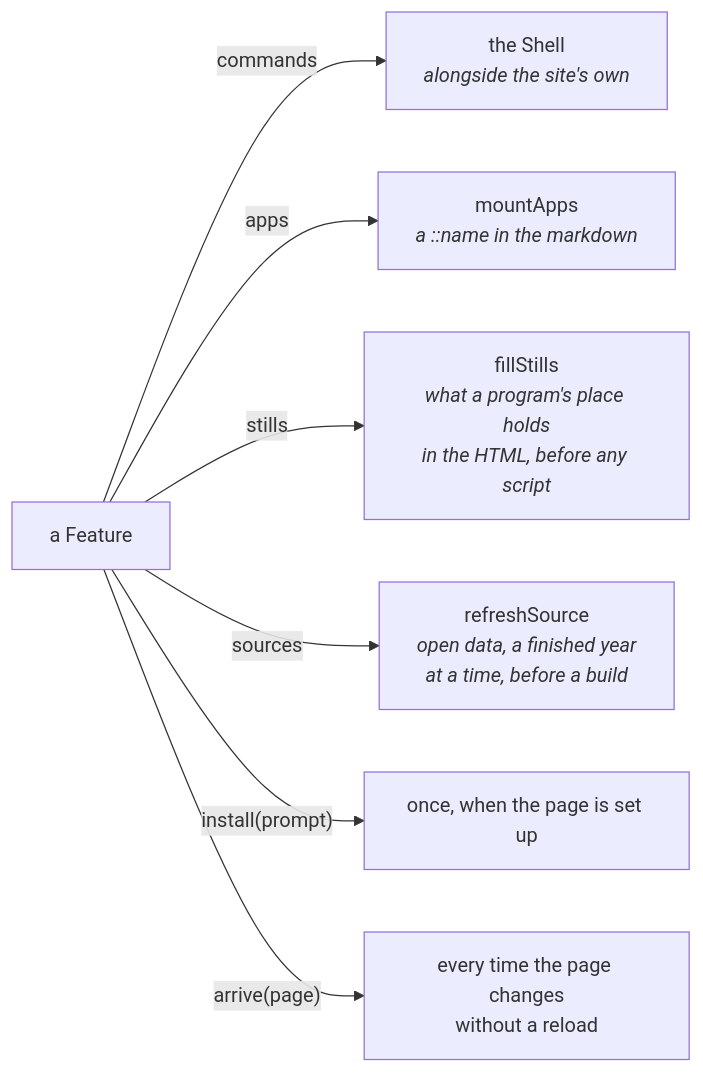
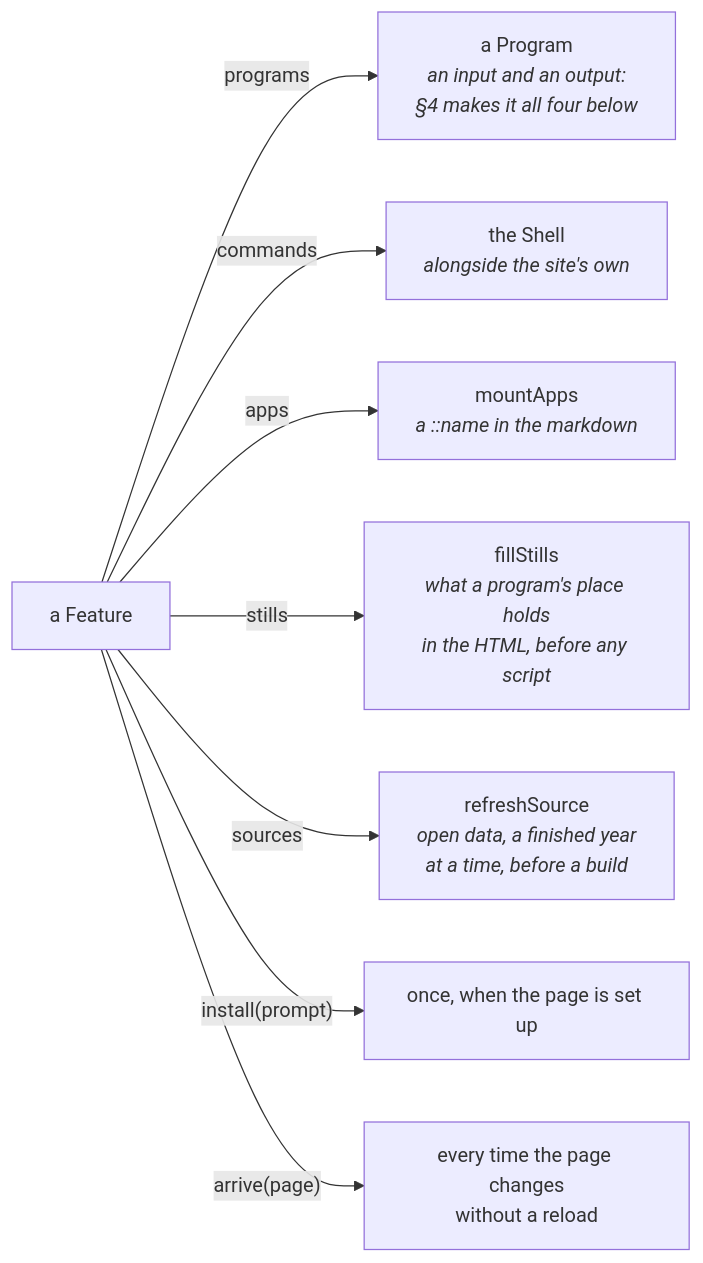
The third of 8 diagrams in ARCHITECTURE.md (drpicox/david-rodenas.com), drawn with Mermaid before and after one commit. The commit also changed other lines of this file and 11 other files, not shown here.

Commit message:
An agent in the reader's browser is offered the site through WebMCP: every program as a tool whose schema is its parameters, which moves the dials the reader is looking at and answers with the figures, and the prompt itself as one more

````diff
--- a/ARCHITECTURE.md
+++ b/ARCHITECTURE.md
@@ -79,11 +79,12 @@
 ```mermaid
 graph LR
   feature["a Feature"]
 
+  feature -- "programs" --> programs["a Program<br/><i>an input and an output:<br/>§4 makes it all four below</i>"]
   feature -- "commands" --> shell["the Shell<br/><i>alongside the site's own</i>"]
   feature -- "apps" --> apps["mountApps<br/><i>a ::name in the markdown</i>"]
   feature -- "stills" --> stills["fillStills<br/><i>what a program's place holds<br/>in the HTML, before any script</i>"]
   feature -- "sources" --> sources["refreshSource<br/><i>open data, a finished year<br/>at a time, before a build</i>"]
   feature -- "install(prompt)" --> once["once, when the page is set up"]
   feature -- "arrive(page)" --> moved["every time the page changes<br/>without a reload"]
 ```
````
